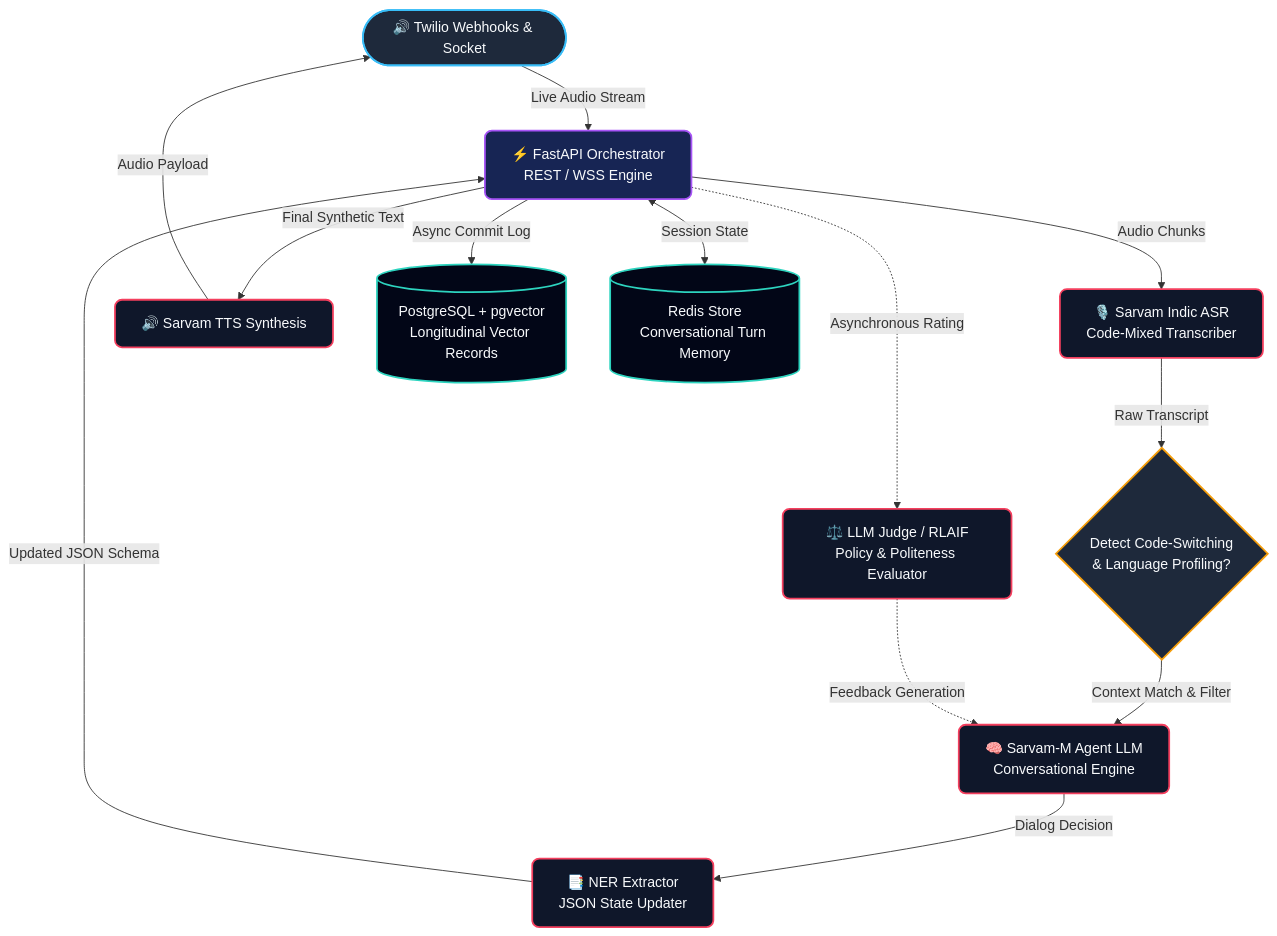
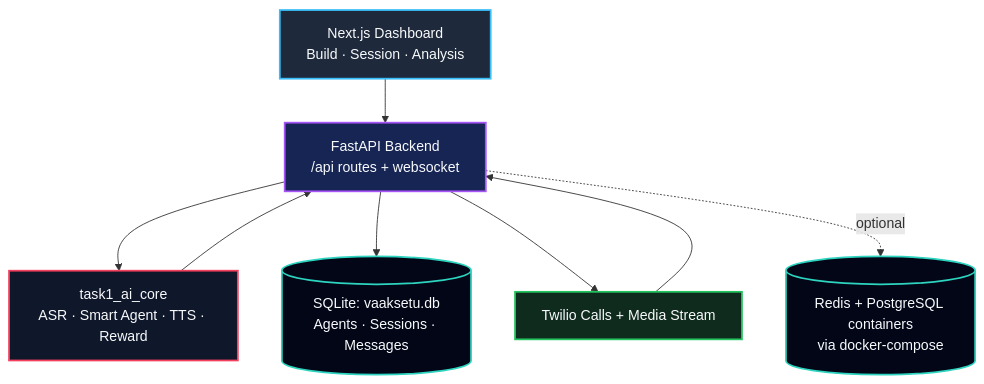
The diagram in README.md (Shaurya07dev/VaakSetu), drawn with Mermaid before and after one commit. The commit also changed other lines of this file, not shown here.

````diff
--- a/README.md
+++ b/README.md
@@ -44,43 +82,23 @@
 ```mermaid
 flowchart TD
-    %% Theme Customization
-    classDef frontend fill:#1E293B,stroke:#38BDF8,stroke-width:2px,color:#F8FAFC,rx:8px,ry:8px;
-    classDef ai fill:#0F172A,stroke:#F43F5E,stroke-width:2px,color:#F8FAFC,rx:8px,ry:8px;
-    classDef orchestrator fill:#172554,stroke:#A855F7,stroke-width:2px,color:#F8FAFC,rx:8px,ry:8px;
-    classDef db fill:#020617,stroke:#2DD4BF,stroke-width:2px,color:#F8FAFC,rx:8px,ry:8px;
-    classDef decision fill:#1E293B,stroke:#F59E0B,stroke-width:2px,color:#F8FAFC;
+    classDef frontend fill:#1E293B,stroke:#38BDF8,stroke-width:2px,color:#F8FAFC
+    classDef ai fill:#0F172A,stroke:#F43F5E,stroke-width:2px,color:#F8FAFC
+    classDef orchestrator fill:#172554,stroke:#A855F7,stroke-width:2px,color:#F8FAFC
+    classDef db fill:#020617,stroke:#2DD4BF,stroke-width:2px,color:#F8FAFC
+    classDef outbound fill:#0F2B1E,stroke:#22C55E,stroke-width:2px,color:#F8FAFC
 
-    %% Client and Gateway
-    A([🔊 Twilio Webhooks & Socket]):::frontend
-    B[⚡ FastAPI Orchestrator\nREST / WSS Engine]:::orchestrator
-    
-    %% AI Pipeline
-    C[🎙️ Sarvam Indic ASR\nCode-Mixed Transcriber]:::ai
-    D{Detect Code-Switching\n& Language Profiling?}:::decision
-    E[🧠 Sarvam-M Agent LLM\nConversational Engine]:::ai
-    F[📑 NER Extractor\nJSON State Updater]:::ai
-    G[⚖️ LLM Judge / RLAIF\nPolicy & Politeness Evaluator]:::ai
-    J[🔊 Sarvam TTS Synthesis]:::ai
+    FE[Next.js Dashboard<br/>Build · Session · Analysis]:::frontend
+    BE[FastAPI Backend<br/>/api routes + websocket]:::orchestrator
+    AI[task1_ai_core<br/>ASR · Smart Agent · TTS · Reward]:::ai
+    DB[(SQLite: vaaksetu.db<br/>Agents · Sessions · Messages)]:::db
+    INFRA[(Redis + PostgreSQL containers<br/>via docker-compose)]:::db
+    TW[Twilio Calls + Media Stream]:::outbound
 
-    %% Databases
-    H[(PostgreSQL + pgvector\nLongitudinal Vector Records)]:::db
-    I[(Redis Store\nConversational Turn Memory)]:::db
-    
-    %% Flow mapping
-    A -- Live Audio Stream --> B
-    B <-->|Session State| I
-    B -- Audio Chunks --> C
-    
-    C -- Raw Transcript --> D
-    
-    D -- Context Match & Filter --> E
-    E -- Dialog Decision --> F
-    F -- Updated JSON Schema --> B
-    
-    B -- Final Synthetic Text --> J
-    J -- Audio Payload --> A
-    
-    B -- Async Commit Log --> H
-    B -.->|Asynchronous Rating| G
-    G -.->|Feedback Generation| E
+    FE --> BE
+    BE --> AI
+    AI --> BE
+    BE --> DB
+    BE --> TW
+    TW --> BE
+    BE -. optional .-> INFRA
 ```
````
